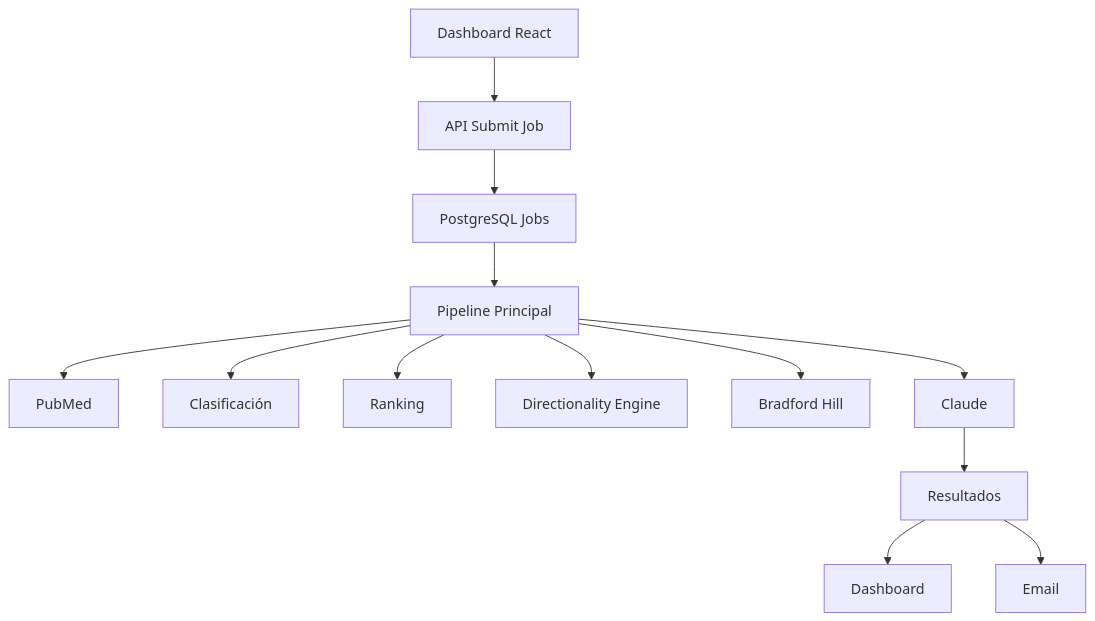
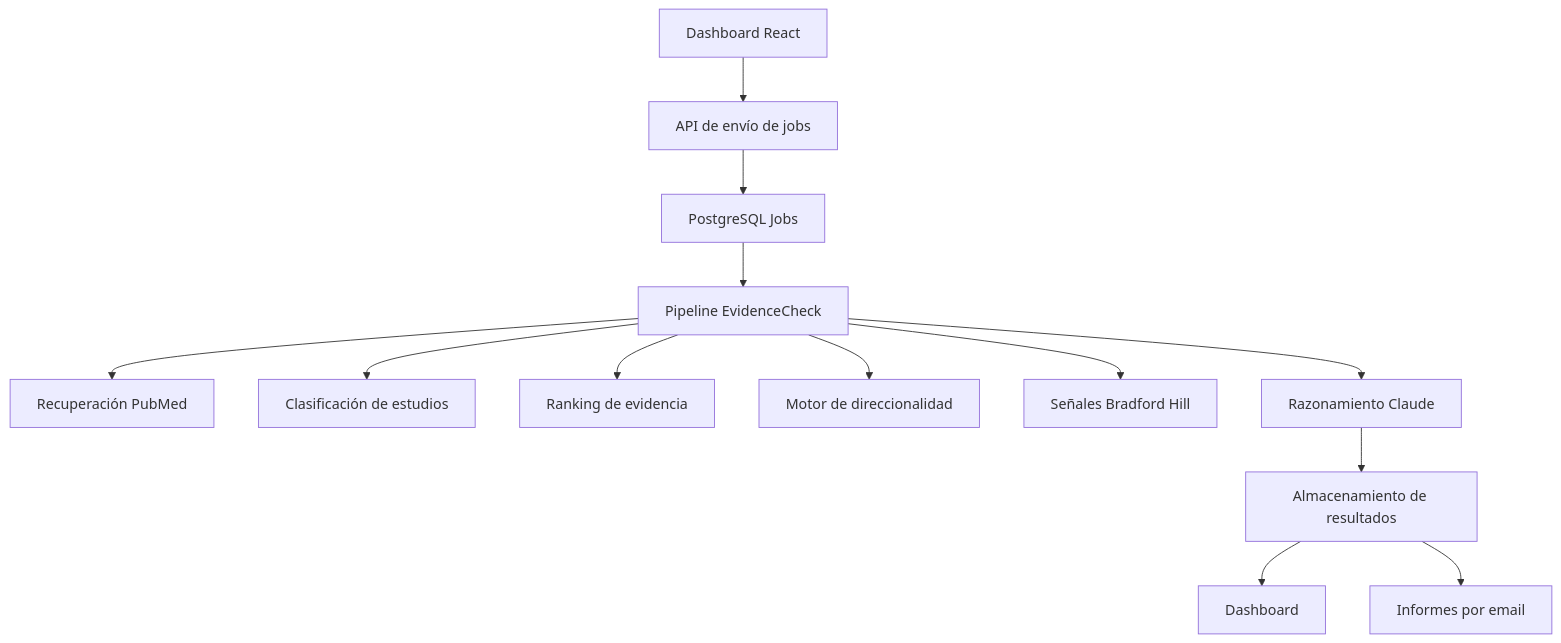
One commit to alejandro-orbis/EvidenceCheck-AI changed the diagram in README_ES.md. Above: the diagram before and after it, drawn with Mermaid. The commit also changed other lines of this file, not shown here.

````diff
--- a/README_ES.md
+++ b/README_ES.md
@@ -137,22 +230,22 @@
 ```mermaid
 flowchart TD
 
 A[Dashboard React]
---> B[API Submit Job]
+--> B[API de envío de jobs]
 
 B --> C[PostgreSQL Jobs]
 
-C --> D[Pipeline Principal]
+C --> D[Pipeline EvidenceCheck]
 
-D --> E[PubMed]
-D --> F[Clasificación]
-D --> G[Ranking]
-D --> H[Directionality Engine]
-D --> I[Bradford Hill]
-D --> J[Claude]
+D --> E[Recuperación PubMed]
+D --> F[Clasificación de estudios]
+D --> G[Ranking de evidencia]
+D --> H[Motor de direccionalidad]
+D --> I[Señales Bradford Hill]
+D --> J[Razonamiento Claude]
 
-J --> K[Resultados]
+J --> K[Almacenamiento de resultados]
 
 K --> L[Dashboard]
-K --> M[Email]
+K --> M[Informes por email]
 ```
````
